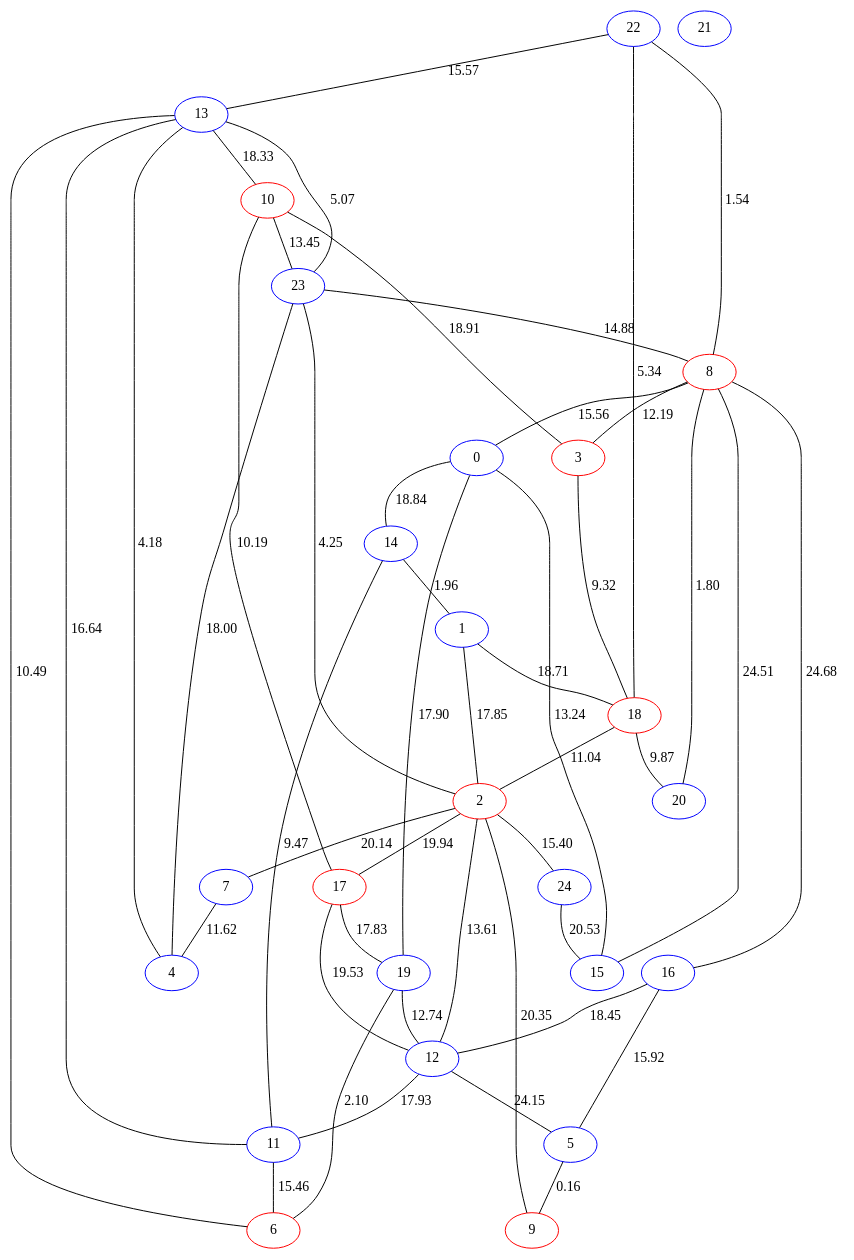
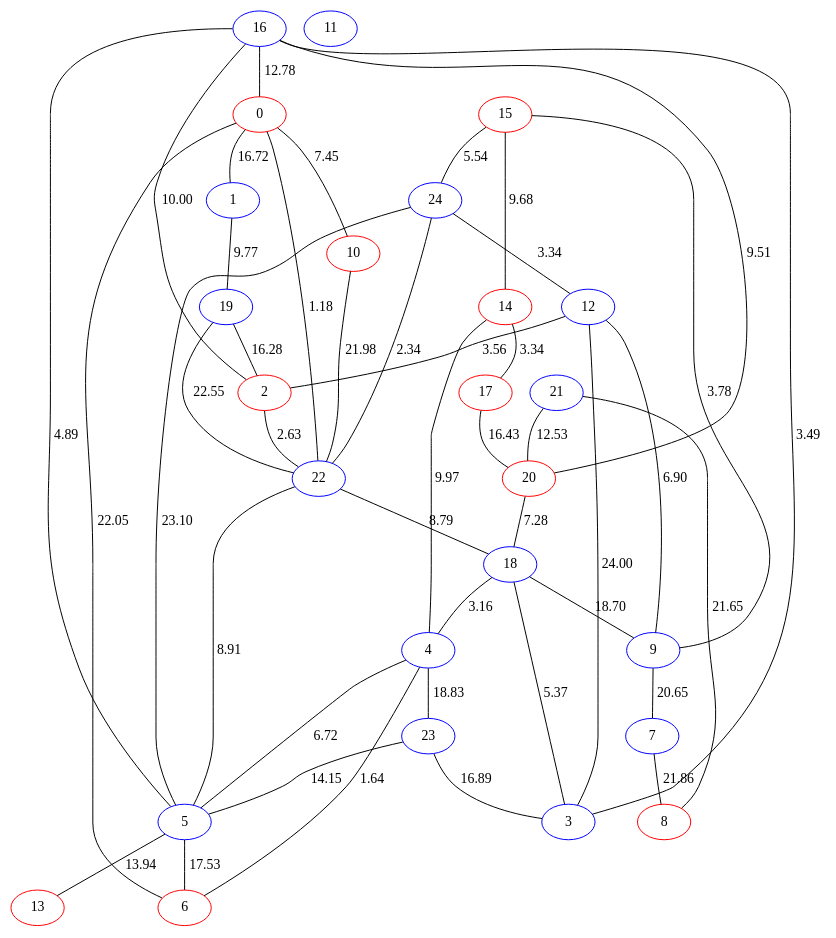
The diagram in example/Random25N.dot (Aura9111/SteinerBA), drawn with Graphviz before and after one commit. The commit also changed 32 other files, not shown here.

Commit message:
modelled graphs as set of components, added tree

```diff
--- a/example/Random25N.dot
+++ b/example/Random25N.dot
@@ -1,48 +1,70 @@
 graph {
-22[color=blue]23[color=blue]24[color=blue]10[color=red]11[color=blue]12[color=blue]13[color=blue]14[color=blue]15[color=blue]16[color=blue]17[color=red]18[color=red]19[color=blue]0[color=blue]1[color=blue]2[color=red]3[color=red]4[color=blue]5[color=blue]6[color=red]7[color=blue]8[color=red]9[color=red]20[color=blue]21[color=blue]22--8[label=1.54]
-2--24[label=15.40]
-8--3[label=12.19]
-24--15[label=20.53]
-18--20[label=9.87]
-8--0[label=15.56]
-14--1[label=1.96]
-2--23[label=4.25]
-18--2[label=11.04]
-0--14[label=18.84]
-16--12[label=18.45]
-12--11[label=17.93]
-8--16[label=24.68]
-10--23[label=13.45]
-1--2[label=17.85]
-17--19[label=17.83]
-3--18[label=9.32]
-5--9[label=0.16]
-12--5[label=24.15]
-10--3[label=18.91]
-17--12[label=19.53]
-13--10[label=18.33]
-13--11[label=16.64]
-19--6[label=2.10]
-7--4[label=11.62]
-19--0[label=17.90]
-2--12[label=13.61]
-15--0[label=13.24]
-22--13[label=15.57]
-23--4[label=18.00]
-14--11[label=9.47]
-2--17[label=19.94]
-23--8[label=14.88]
-22--18[label=5.34]
-2--9[label=20.35]
-2--7[label=20.14]
-10--17[label=10.19]
-23--13[label=5.07]
-6--13[label=10.49]
-13--4[label=4.18]
-5--16[label=15.92]
-8--20[label=1.80]
-19--12[label=12.74]
-11--6[label=15.46]
-15--8[label=24.51]
-1--18[label=18.71]
+22[color=blue]
+23[color=blue]
+24[color=blue]
+10[color=red]
+11[color=blue]
+12[color=blue]
+13[color=red]
+14[color=red]
+15[color=red]
+16[color=blue]
+17[color=red]
+18[color=blue]
+19[color=blue]
+0[color=red]
+1[color=blue]
+2[color=red]
+3[color=blue]
+4[color=blue]
+5[color=blue]
+6[color=red]
+7[color=blue]
+8[color=red]
+9[color=blue]
+20[color=red]
+21[color=blue]
+16--0[label=12.78]
+18--3[label=5.37]
+18--4[label=3.16]
+21--20[label=12.53]
+16--3[label=3.49]
+16--2[label=10.00]
+6--4[label=1.64]
+24--12[label=3.34]
+2--22[label=2.63]
+24--5[label=23.10]
+20--18[label=7.28]
+12--9[label=6.90]
+5--22[label=8.91]
+0--10[label=7.45]
+7--8[label=21.86]
+12--2[label=3.56]
+5--6[label=17.53]
+14--4[label=9.97]
+16--5[label=4.89]
+15--24[label=5.54]
+12--3[label=24.00]
+19--22[label=22.55]
+18--9[label=18.70]
+4--23[label=18.83]
+9--7[label=20.65]
+14--17[label=3.34]
+24--22[label=2.34]
+19--2[label=16.28]
+5--4[label=6.72]
+16--20[label=9.51]
+10--22[label=21.98]
+0--22[label=1.18]
+23--3[label=16.89]
+23--5[label=14.15]
+21--8[label=21.65]
+22--18[label=8.79]
+0--6[label=22.05]
+0--1[label=16.72]
+5--13[label=13.94]
+15--14[label=9.68]
+17--20[label=16.43]
+1--19[label=9.77]
+15--9[label=3.78]
 }
```
